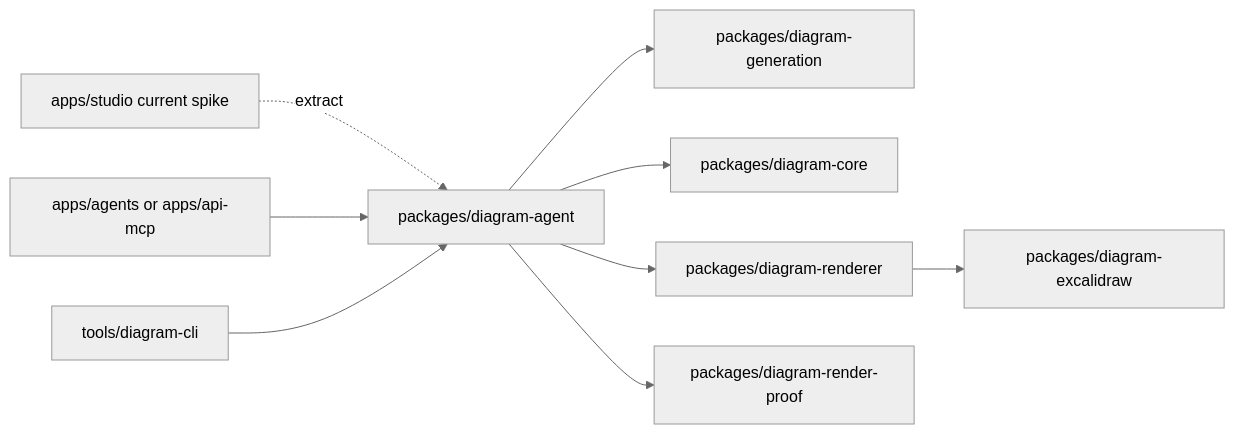
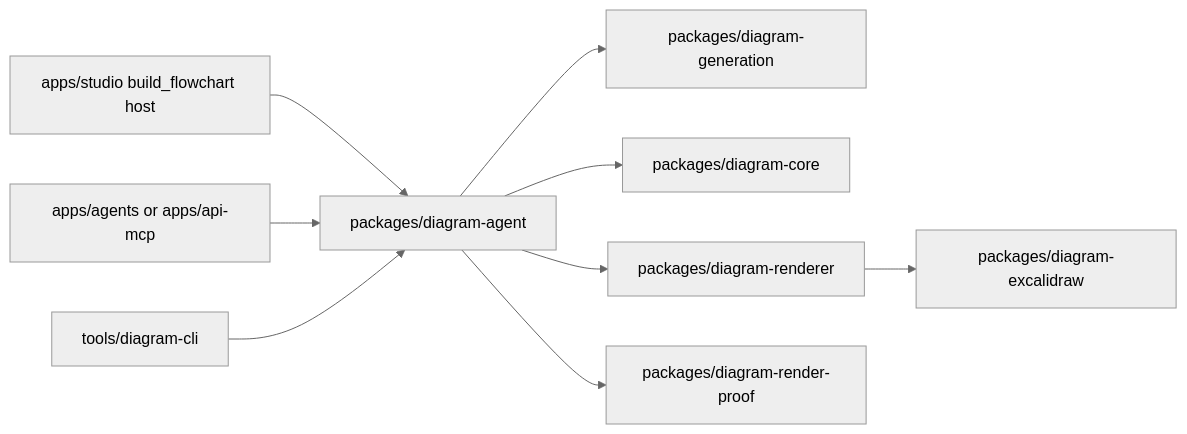
One commit to shpitdev/sketchi changed the third of 7 diagrams in docs/mcp-first-generation.md. Above: the diagram before and after it, drawn with Mermaid (neutral theme). The commit also changed other lines of this file and 43 other files, not shown here.

First line of the commit message:
refactor: unify Studio flowchart builds (#96)

````diff
--- a/docs/mcp-first-generation.md
+++ b/docs/mcp-first-generation.md
@@ -105,11 +105,11 @@
 ```mermaid
 flowchart LR
-  StudioSpike["apps/studio current spike"] -.extract.-> Agent["packages/diagram-agent"]
+  Studio["apps/studio build_flowchart host"] --> Agent["packages/diagram-agent"]
   Agent --> Generation["packages/diagram-generation"]
   Agent --> Core["packages/diagram-core"]
   Agent --> Renderer["packages/diagram-renderer"]
   Renderer --> Excalidraw["packages/diagram-excalidraw"]
   Agent --> RenderTool["packages/diagram-render-proof"]
   MCP["apps/agents or apps/api-mcp"] --> Agent
   CLI["tools/diagram-cli"] --> Agent
 ```
````
